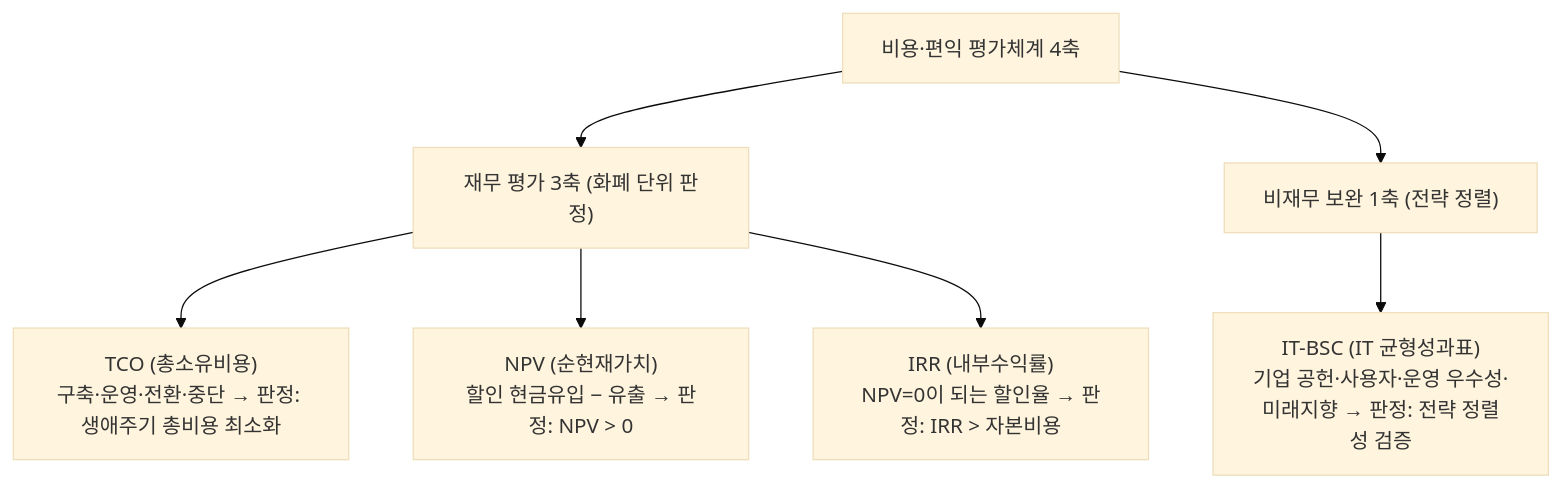
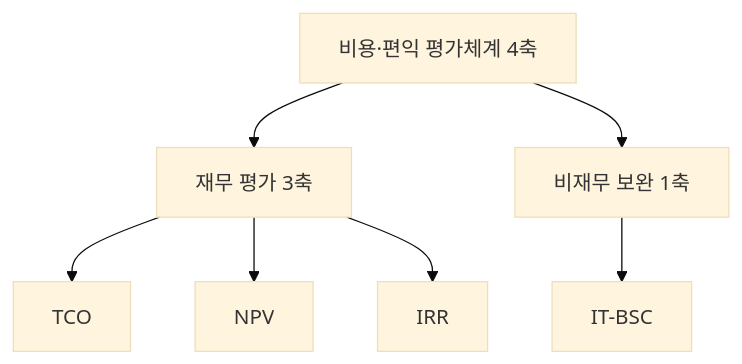
One commit to agnusdei1207/study changed the second of 5 diagrams in src/content/docs/notes/itpe/01-it-strategy/016_it_investment_evaluation.md. Above: the diagram before and after it, drawn with Mermaid (base theme). The commit also changed other lines of this file and 19 other files, not shown here.

````diff
--- a/src/content/docs/notes/itpe/01-it-strategy/016_it_investment_evaluation.md
+++ b/src/content/docs/notes/itpe/01-it-strategy/016_it_investment_evaluation.md
@@ -78,11 +82,9 @@
 ```mermaid
 flowchart TD
-    ROOT["비용·편익 평가체계 4축"] --> FIN["재무 평가 3축 (화폐 단위 판정)"]
-    ROOT --> NFIN["비재무 보완 1축 (전략 정렬)"]
-
-    FIN --> TCO["TCO (총소유비용)<br/>구축·운영·전환·중단 → 판정: 생애주기 총비용 최소화"]
-    FIN --> NPV["NPV (순현재가치)<br/>할인 현금유입 − 유출 → 판정: NPV > 0"]
-    FIN --> IRR["IRR (내부수익률)<br/>NPV=0이 되는 할인율 → 판정: IRR > 자본비용"]
-
-    NFIN --> BSC["IT-BSC (IT 균형성과표)<br/>기업 공헌·사용자·운영 우수성·미래지향 → 판정: 전략 정렬성 검증"]
+    ROOT["비용·편익 평가체계 4축"] --> FIN["재무 평가 3축"]
+    ROOT --> NFIN["비재무 보완 1축"]
+    FIN --> TCO["TCO"]
+    FIN --> NPV["NPV"]
+    FIN --> IRR["IRR"]
+    NFIN --> BSC["IT-BSC"]
 ```
````
